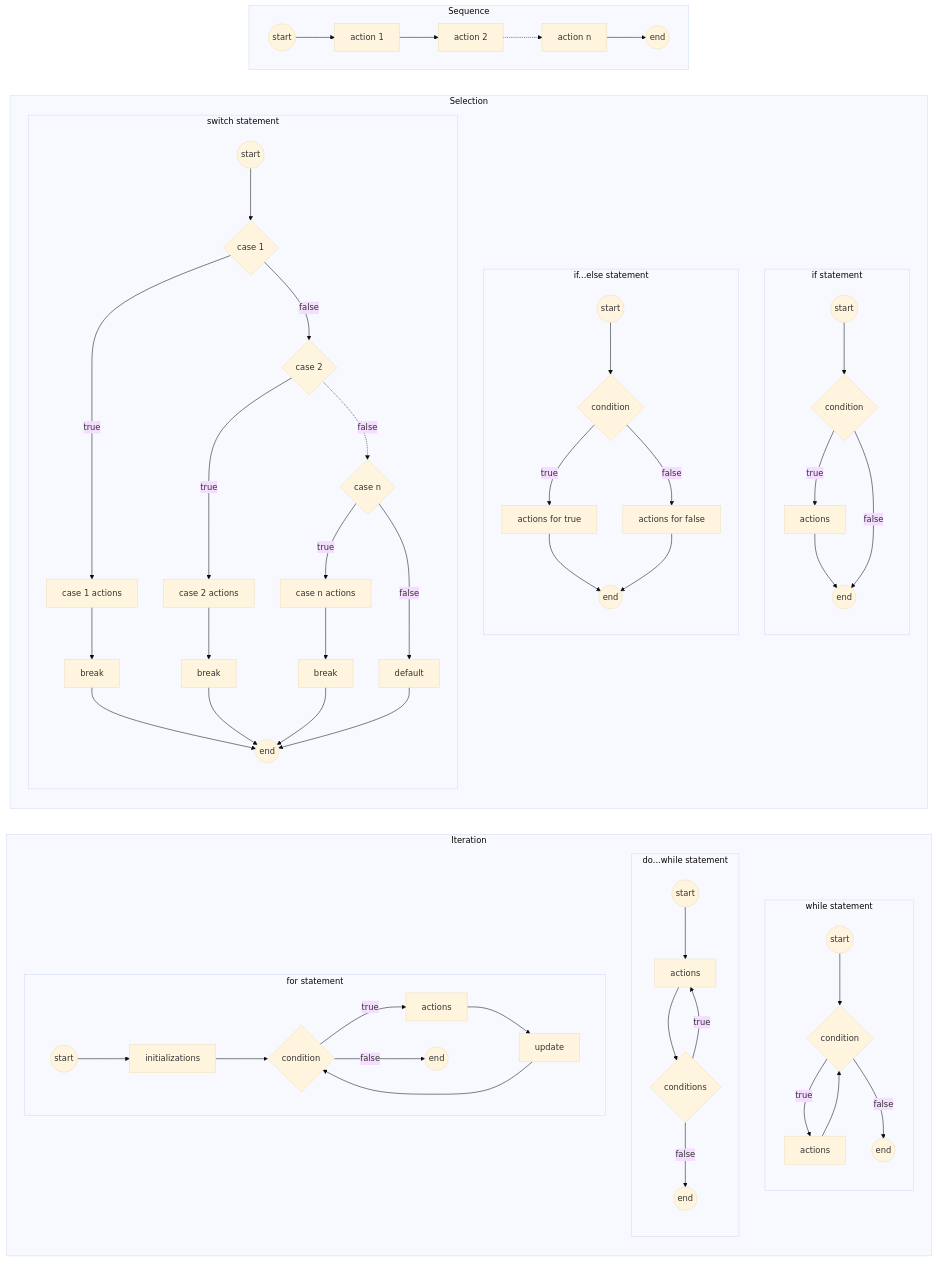
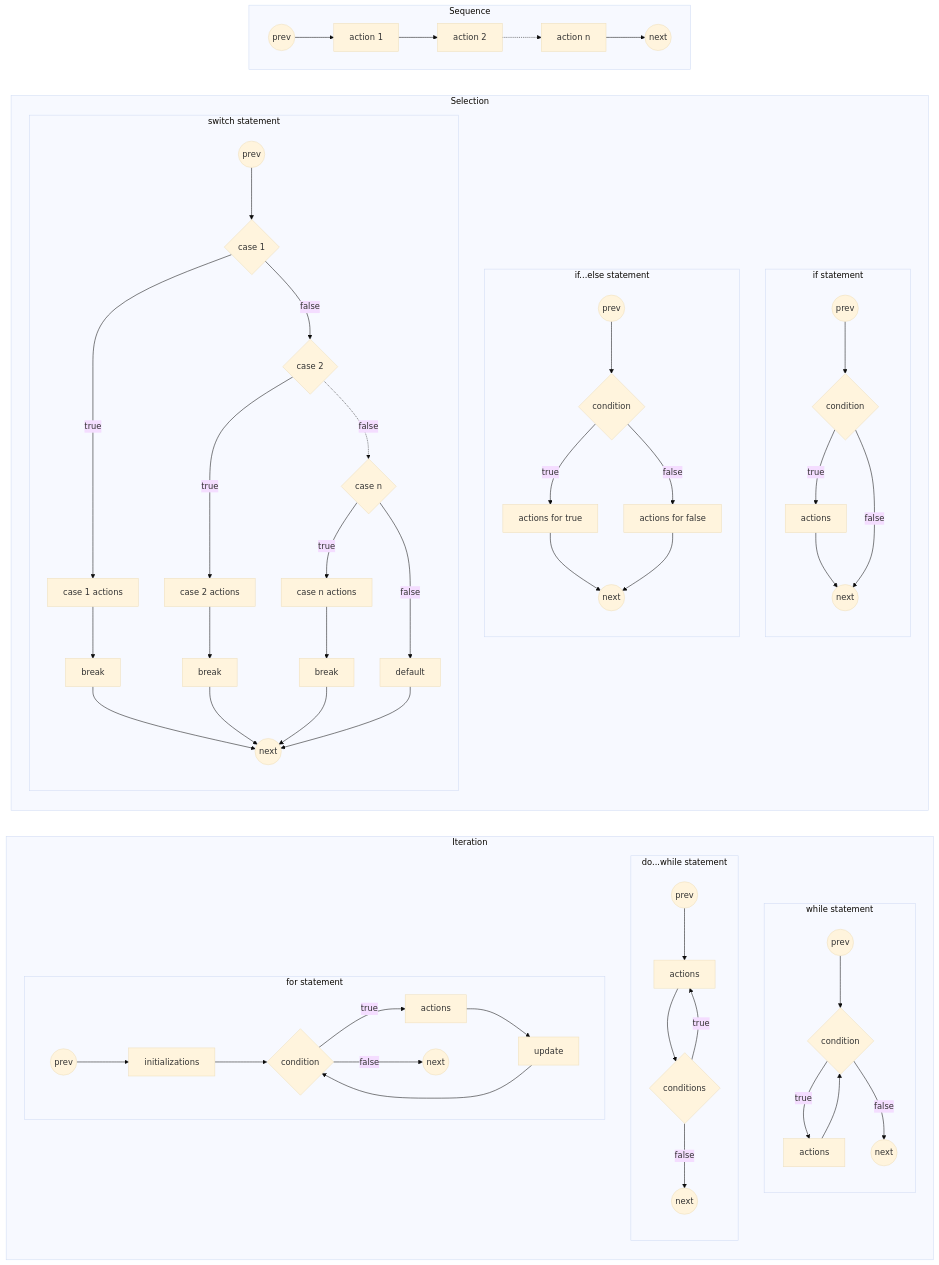
Before and after one commit to ufidon/c: the third of 3 diagrams in mod3/procontrol.md, drawn with Mermaid (base theme). The commit also changed other lines of this file and 3 other files, not shown here.

````diff
--- a/mod3/procontrol.md
+++ b/mod3/procontrol.md
@@ -437,57 +437,57 @@
   subgraph Iteration
     subgraph "while statement"
     direction TB
-      sw((start))
+      sw((prev))
       sw-->cw{condition}
       cw-->|true|aw[actions]
       aw-->cw
       cw-->|false|ew
-      ew((end))
+      ew((next))
     end
     subgraph "do...while statement"
       direction TB
-      sd((start))
+      sd((prev))
       sd-->ad[actions]
       ad-->cd{conditions}
       cd-->|true|ad
       cd-->|false|ed
-      ed((end))
+      ed((next))
     end
     subgraph "for statement"
-      sf((start))
+      sf((prev))
       sf-->if[initializations]
       if-->cf{condition}
       cf-->|true|af[actions]
       af-->uf[update]
       uf-->cf
       cf-->|false|ef
-      ef((end))
+      ef((next))
     end
   end
   subgraph Selection
     direction TB
     subgraph "if statement"
       direction TB
-      s1((start))
+      s1((prev))
       s1-->c1{condition}
       c1-->|true|as1[actions]
       as1-->e1
       c1-->|false|e1
-      e1((end))
+      e1((next))
     end
     subgraph "if...else statement"
     direction TB
-      s2((start))
+      s2((prev))
       s2-->c2{condition}
       c2-->|true|a21[actions for true]
       a21-->e2
       c2-->|false|a22[actions for false]
       a22-->e2      
-      e2((end))
+      e2((next))
     end
     subgraph "switch statement"
       direction TB
-      s((start)) --> ca{case 1}
+      s((prev)) --> ca{case 1}
       ca -->|true| caa[case 1 actions]
       caa -->ba[break]
       ba-->e
@@ -503,18 +503,18 @@
       cz -->|true| za[case n actions]
       za-->bz[break]
       bz-->e
-      e((end))
+      e((next))
       d-->e
     end    
   end
   subgraph Sequence
     direction LR
-    s3((start))
+    s3((prev))
     s3-->a13
     a13[action 1]
     a13-->a12[action 2]
     a12-.->a1n[action n]
     a1n -->e3
-    e3((end))
+    e3((next))
   end  
 ```
````
